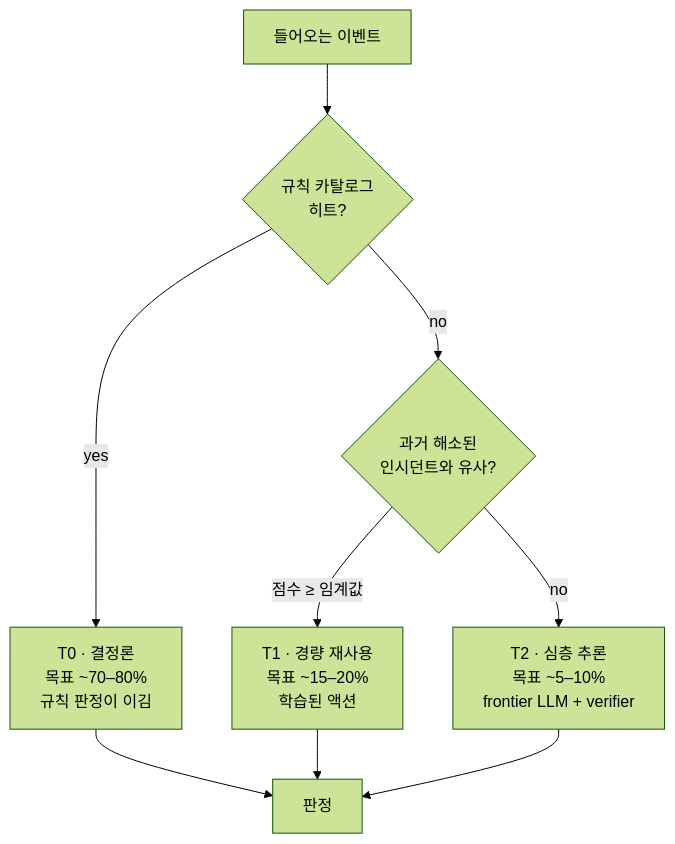
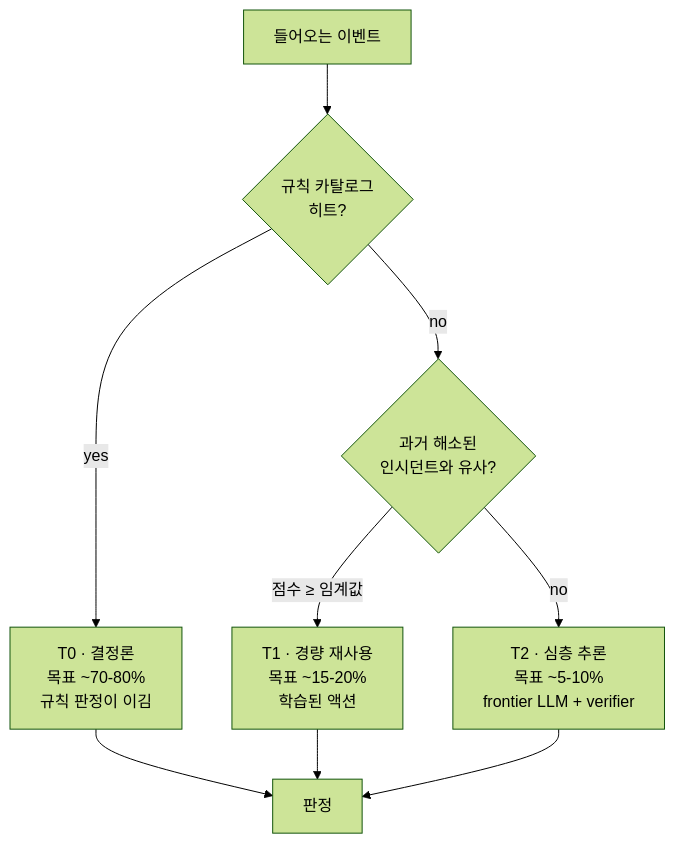
The diagram in docs/user-guide/concepts/deterministic-first-ko.md (dotnetpower/azurewatcher), drawn with Mermaid (forest theme) before and after one commit. The commit also changed other lines of this file and 487 other files, not shown here.

````diff
--- a/docs/user-guide/concepts/deterministic-first-ko.md
+++ b/docs/user-guide/concepts/deterministic-first-ko.md
@@ -31,12 +31,12 @@
 ```mermaid
 flowchart TB
   E[들어오는 이벤트]
   E --> R{규칙 카탈로그<br/>히트?}
-  R -->|yes| T0[T0 · 결정론<br/>목표 ~70–80%<br/>규칙 판정이 이김]
+  R -->|yes| T0[T0 · 결정론<br/>목표 ~70-80%<br/>규칙 판정이 이김]
   R -->|no| S{과거 해소된<br/>인시던트와 유사?}
-  S -->|점수 ≥ 임계값| T1[T1 · 경량 재사용<br/>목표 ~15–20%<br/>학습된 액션]
-  S -->|no| T2[T2 · 심층 추론<br/>목표 ~5–10%<br/>frontier LLM + verifier]
+  S -->|점수 ≥ 임계값| T1[T1 · 경량 재사용<br/>목표 ~15-20%<br/>학습된 액션]
+  S -->|no| T2[T2 · 심층 추론<br/>목표 ~5-10%<br/>frontier LLM + verifier]
   T0 --> V[판정]
   T1 --> V
   T2 --> V
 ```
````
